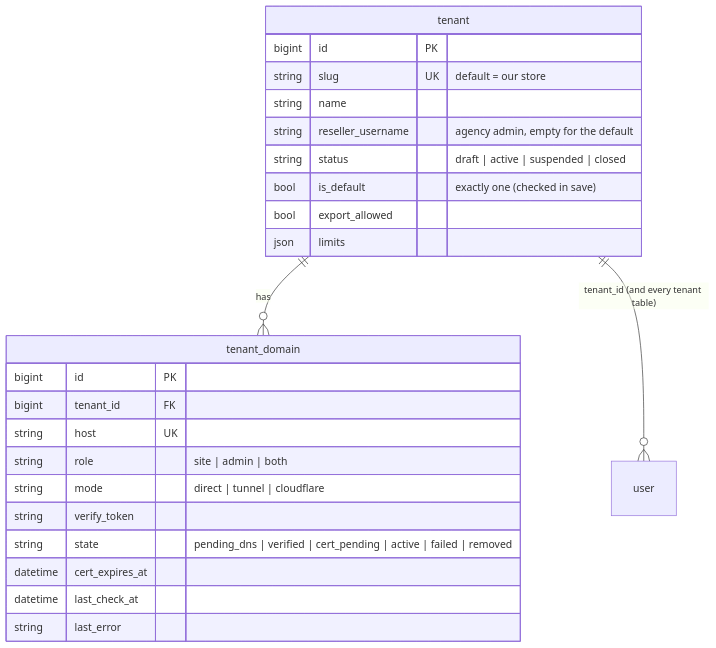
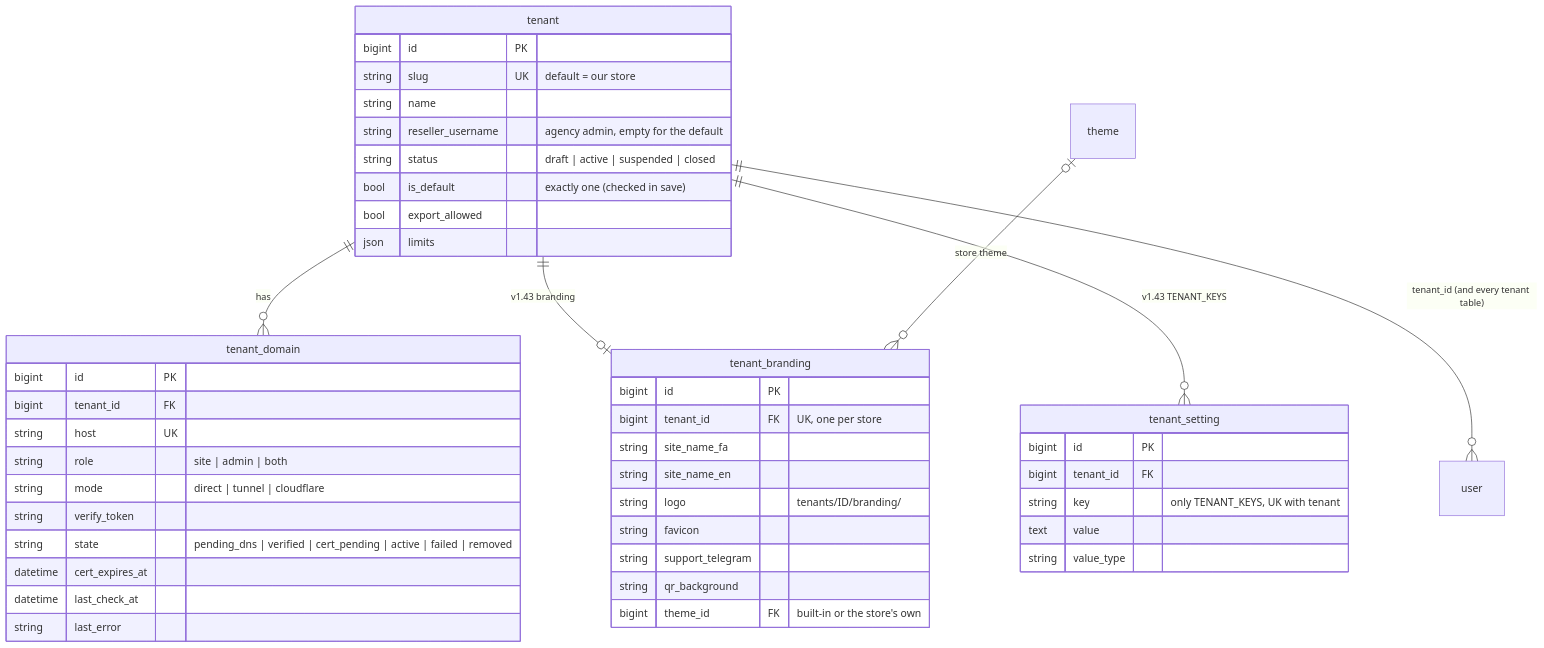
The first of 9 diagrams in docs/erd.md (santiyagoburcart/caspintunel), drawn with Mermaid before and after one commit. The commit also changed other lines of this file and 35 other files, not shown here.

First line of the commit message:
release: v1.43.0 — multi-tenant Phase 2 Release A: stores, per-store branding / settings / themes, store mode (server)

````diff
--- a/docs/erd.md
+++ b/docs/erd.md
@@ -22,27 +22,48 @@
 ```mermaid
 erDiagram
     tenant ||--o{ tenant_domain : has
+    tenant ||--o| tenant_branding : "v1.43 branding"
+    tenant ||--o{ tenant_setting : "v1.43 TENANT_KEYS"
+    theme |o--o{ tenant_branding : "store theme"
     tenant ||--o{ user : "tenant_id (and every tenant table)"
     tenant {
         bigint id PK
         string slug UK "default = our store"
         string name
         string reseller_username "agency admin, empty for the default"
         string status "draft | active | suspended | closed"
         bool is_default "exactly one (checked in save)"
         bool export_allowed
         json limits
     }
     tenant_domain {
         bigint id PK
         bigint tenant_id FK
         string host UK
         string role "site | admin | both"
         string mode "direct | tunnel | cloudflare"
         string verify_token
         string state "pending_dns | verified | cert_pending | active | failed | removed"
         datetime cert_expires_at
         datetime last_check_at
         string last_error
     }
+    tenant_branding {
+        bigint id PK
+        bigint tenant_id FK "UK, one per store"
+        string site_name_fa
+        string site_name_en
+        string logo "tenants/ID/branding/"
+        string favicon
+        string support_telegram
+        string qr_background
+        bigint theme_id FK "built-in or the store's own"
+    }
+    tenant_setting {
+        bigint id PK
+        bigint tenant_id FK
+        string key "only TENANT_KEYS, UK with tenant"
+        text value
+        string value_type
+    }
 ```
````
